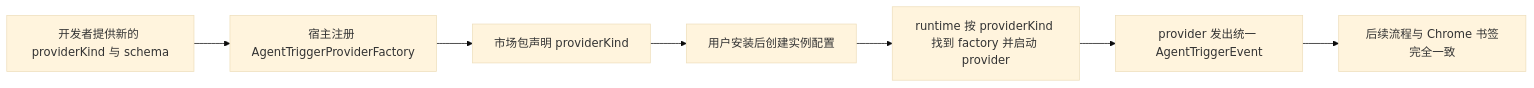
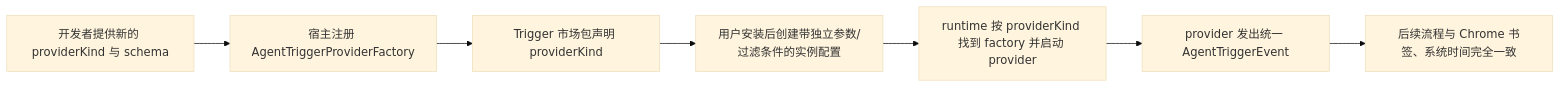
The fifth of 5 diagrams in docs/medium-powers/plans/2026-06-18-agenttrigger.md (Lixuhang987/Wisp-Pocket), drawn with Mermaid (base theme) before and after one commit. The commit also changed other lines of this file and 44 other files, not shown here.

````diff
--- a/docs/medium-powers/plans/2026-06-18-agenttrigger.md
+++ b/docs/medium-powers/plans/2026-06-18-agenttrigger.md
@@ -344,9 +350,9 @@
 ```mermaid
 flowchart LR
     A["开发者提供新的 providerKind 与 schema"] --> B["宿主注册 AgentTriggerProviderFactory"]
-    B --> C["市场包声明 providerKind"]
-    C --> D["用户安装后创建实例配置"]
+    B --> C["Trigger 市场包声明 providerKind"]
+    C --> D["用户安装后创建带独立参数/过滤条件的实例配置"]
     D --> E["runtime 按 providerKind 找到 factory 并启动 provider"]
     E --> F["provider 发出统一 AgentTriggerEvent"]
-    F --> G["后续流程与 Chrome 书签完全一致"]
+    F --> G["后续流程与 Chrome 书签、系统时间完全一致"]
 ```
````
